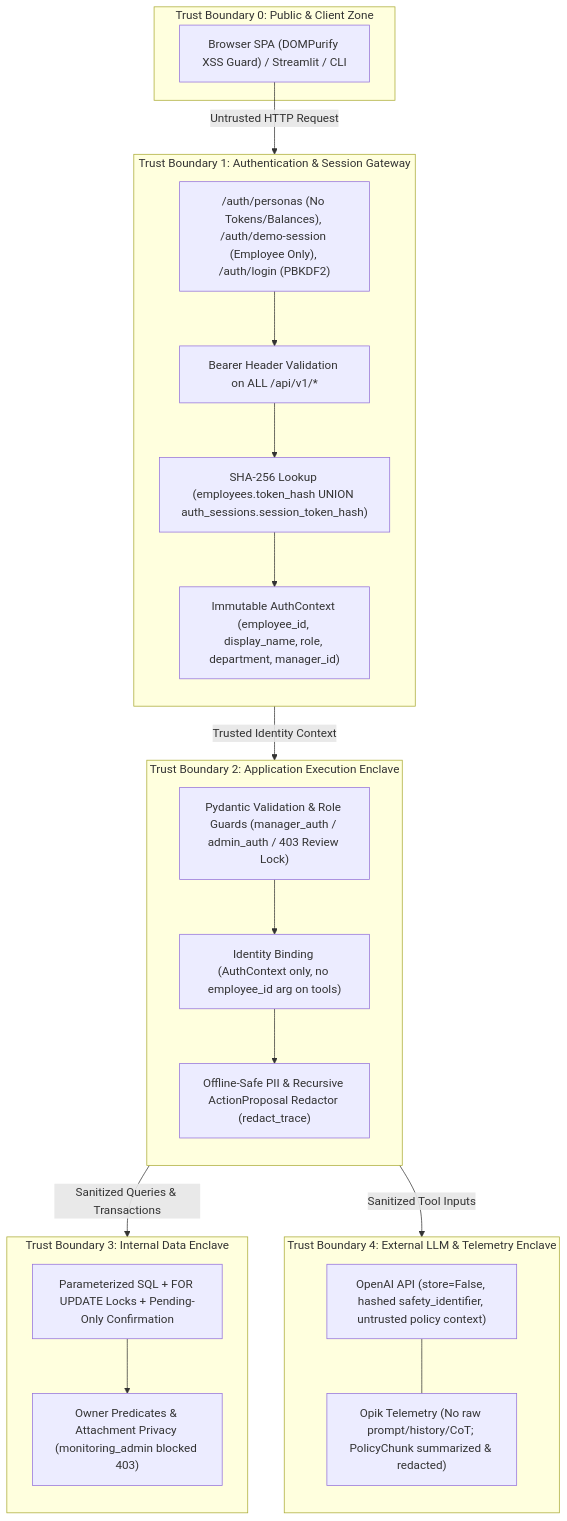
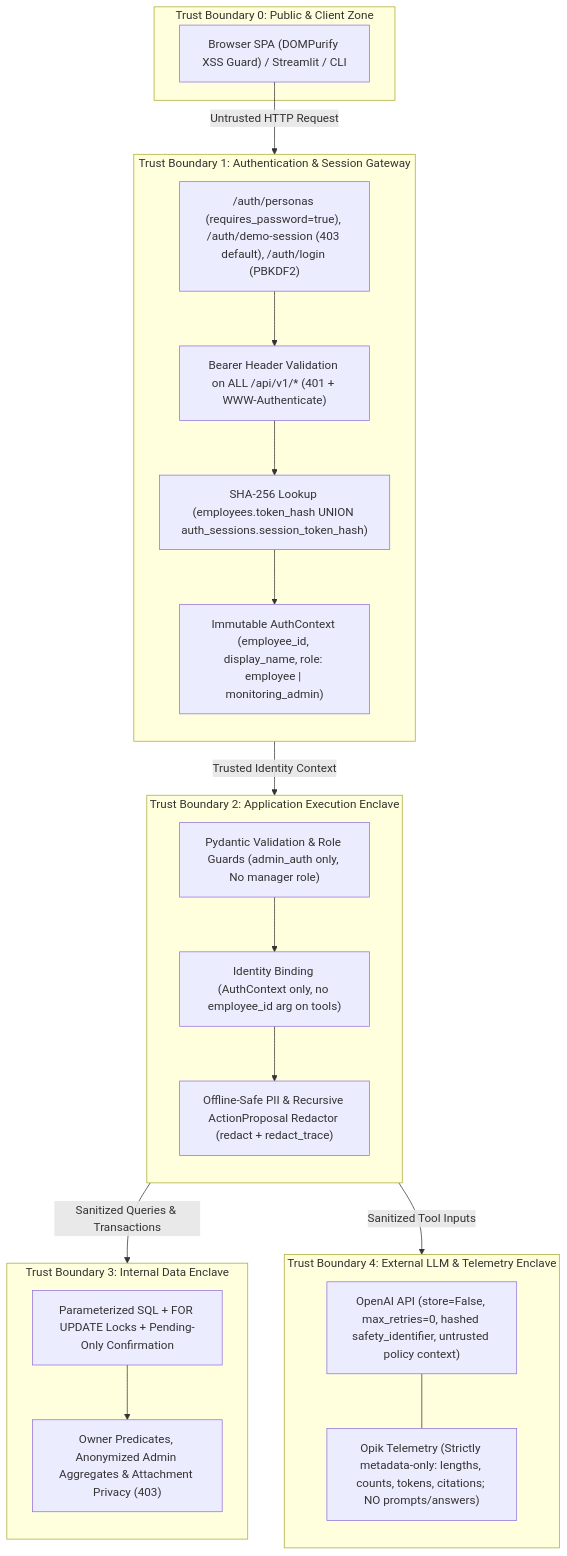
Before and after one commit to azbayou/AIEN-RMT002-BayuAziz: the second of 6 diagrams in milestone2-HR-Agent/architecture.md, drawn with Mermaid. The commit also changed other lines of this file and 36 other files, not shown here.

````diff
--- a/milestone2-HR-Agent/architecture.md
+++ b/milestone2-HR-Agent/architecture.md
@@ -96,42 +96,42 @@
 ```mermaid
 flowchart TD
     subgraph TB0["Trust Boundary 0: Public & Client Zone"]
         USER["Browser SPA (DOMPurify XSS Guard) / Streamlit / CLI"]
     end
 
     subgraph TB1["Trust Boundary 1: Authentication & Session Gateway"]
         direction TB
-        BOOTSTRAP["/auth/personas (No Tokens/Balances), /auth/demo-session (Employee Only), /auth/login (PBKDF2)"]
-        BEARER["Bearer Header Validation on ALL /api/v1/*"]
+        BOOTSTRAP["/auth/personas (requires_password=true), /auth/demo-session (403 default), /auth/login (PBKDF2)"]
+        BEARER["Bearer Header Validation on ALL /api/v1/* (401 + WWW-Authenticate)"]
         HASH_AUTH["SHA-256 Lookup (employees.token_hash UNION auth_sessions.session_token_hash)"]
-        CTX["Immutable AuthContext (employee_id, display_name, role, department, manager_id)"]
+        CTX["Immutable AuthContext (employee_id, display_name, role: employee | monitoring_admin)"]
         BOOTSTRAP --> BEARER --> HASH_AUTH --> CTX
     end
 
     subgraph TB2["Trust Boundary 2: Application Execution Enclave"]
         direction TB
-        INPUT_VAL["Pydantic Validation & Role Guards (manager_auth / admin_auth / 403 Review Lock)"]
+        INPUT_VAL["Pydantic Validation & Role Guards (admin_auth only, No manager role)"]
         TOOL_GUARD["Identity Binding (AuthContext only, no employee_id arg on tools)"]
-        REDACT_PIPE["Offline-Safe PII & Recursive ActionProposal Redactor (redact_trace)"]
+        REDACT_PIPE["Offline-Safe PII & Recursive ActionProposal Redactor (redact + redact_trace)"]
         INPUT_VAL --> TOOL_GUARD --> REDACT_PIPE
     end
 
     subgraph TB3["Trust Boundary 3: Internal Data Enclave"]
         direction TB
         SQL_TX["Parameterized SQL + FOR UPDATE Locks + Pending-Only Confirmation"]
-        ROW_ISOLATION["Owner Predicates & Attachment Privacy (monitoring_admin blocked 403)"]
+        ROW_ISOLATION["Owner Predicates, Anonymized Admin Aggregates & Attachment Privacy (403)"]
         SQL_TX --> ROW_ISOLATION
     end
 
     subgraph TB4["Trust Boundary 4: External LLM & Telemetry Enclave"]
         direction TB
-        EXT_LLM["OpenAI API (store=False, hashed safety_identifier, untrusted policy context)"]
-        OPIK_OUT["Opik Telemetry (No raw prompt/history/CoT; PolicyChunk summarized & redacted)"]
+        EXT_LLM["OpenAI API (store=False, max_retries=0, hashed safety_identifier, untrusted policy context)"]
+        OPIK_OUT["Opik Telemetry (Strictly metadata-only: lengths, counts, tokens, citations; NO prompts/answers)"]
         EXT_LLM --- OPIK_OUT
     end
 
     USER -->|"Untrusted HTTP Request"| TB1
     CTX -->|"Trusted Identity Context"| TB2
     REDACT_PIPE -->|"Sanitized Queries & Transactions"| TB3
     TOOL_GUARD -->|"Sanitized Tool Inputs"| TB4
 ```
````
